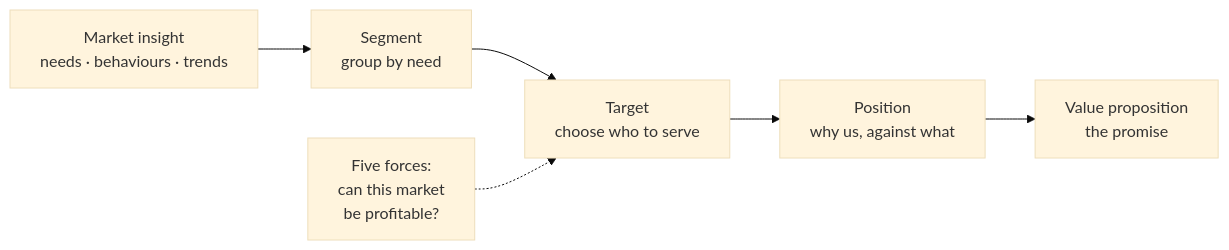
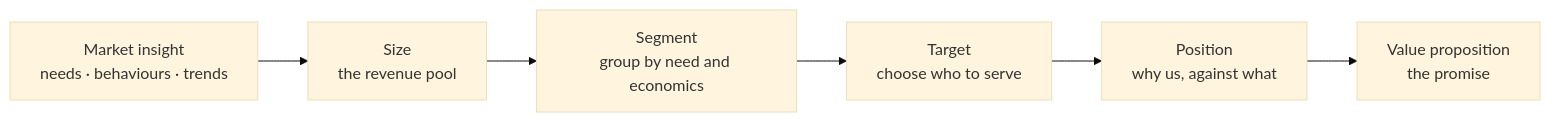
One commit to aakashagg123/gatsby changed the first of 2 diagrams in business-acumen/markets-and-strategy.md. Above: the diagram before and after it, drawn with Mermaid (base theme). The commit also changed other lines of this file and 17 other files, not shown here.

````diff
--- a/business-acumen/markets-and-strategy.md
+++ b/business-acumen/markets-and-strategy.md
@@ -25,8 +37,8 @@
 ```mermaid
 flowchart LR
-  MI["Market insight<br/>needs · behaviours · trends"] --> SEG["Segment<br/>group by need"]
+  MI["Market insight<br/>needs · behaviours · trends"] --> SZ["Size<br/>the revenue pool"]
+  SZ --> SEG["Segment<br/>group by need and economics"]
   SEG --> TGT["Target<br/>choose who to serve"]
   TGT --> POS["Position<br/>why us, against what"]
   POS --> CVP["Value proposition<br/>the promise"]
-  F5["Five forces:<br/>can this market<br/>be profitable?"] -.-> TGT
 ```
````
